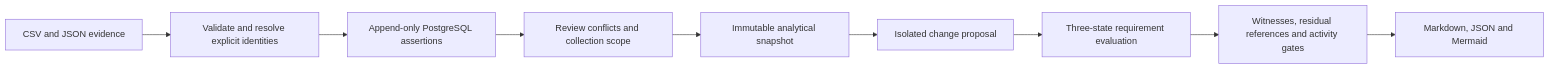
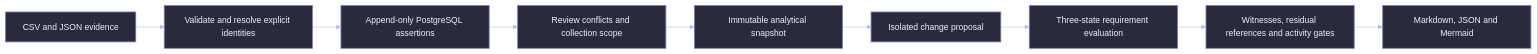
Before and after one commit to rlbsem/martech-estate-impact: the second of 2 diagrams in README.md, drawn with Mermaid. The commit also changed other lines of this file and 11 other files, not shown here.

Commit message:
Pilot Groundbreakers engineering diagram theme with semantic states

````diff
--- a/README.md
+++ b/README.md
@@ -50,11 +51,13 @@
 ```mermaid
+%%{init: {"theme":"base","themeVariables":{"background":"#10101D","primaryColor":"#2A2A3D","primaryTextColor":"#F0F0FF","primaryBorderColor":"#7C7CAF","lineColor":"#B8B8FF","textColor":"#F0F0FF","secondaryColor":"#181825","tertiaryColor":"#2E2E45","fontFamily":"IBM Plex Sans, Arial, sans-serif","fontSize":"15px","edgeLabelBackground":"#10101D"}}}%%
 flowchart LR
   A[CSV and JSON evidence] --> B[Validate and resolve explicit identities]
   B --> C[Append-only PostgreSQL assertions]
   C --> D[Review conflicts and collection scope]
   D --> E[Immutable analytical snapshot]
   E --> F[Isolated change proposal]
   F --> G[Three-state requirement evaluation]
   G --> H[Witnesses, residual references and activity gates]
   H --> I[Markdown, JSON and Mermaid]
+  classDef default fill:#2A2A3D,stroke:#7C7CAF,color:#F0F0FF,stroke-width:1.4px
 ```
````
